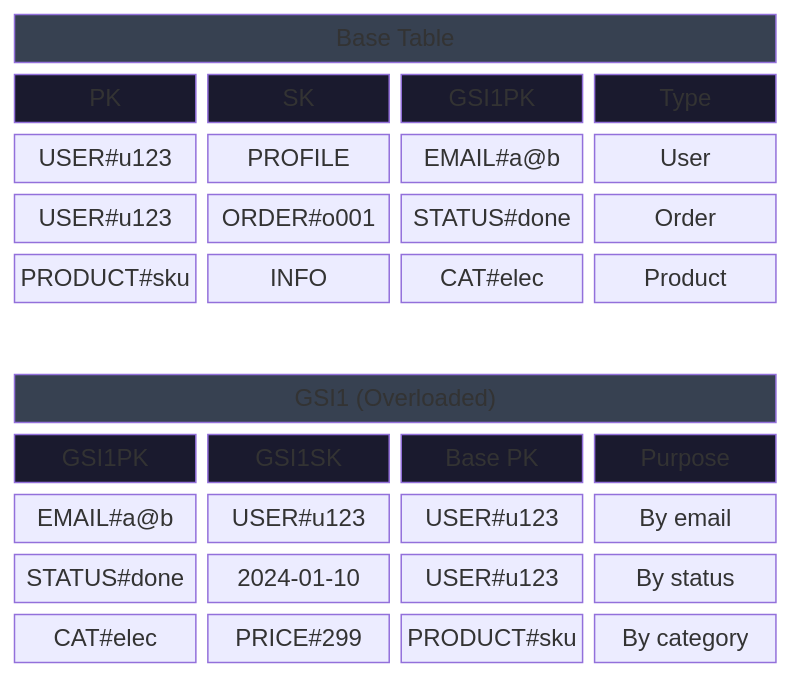
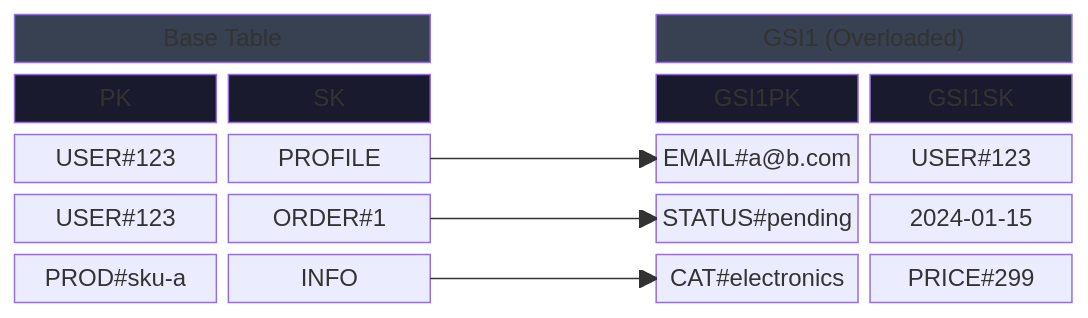
The third of 4 diagrams in plugins/dynamodb/skills/design/references/table-layout-options.md (zeroae/.claude), drawn with Mermaid before and after one commit. The commit also changed other lines of this file, not shown here.

Commit message:
✨ feat(dynamodb): add side-by-side Mermaid diagram with links
Replace stacked GSI layout with side-by-side 5-column layout using
Mermaid Block links to show projection relationships between base
table and GSI columns.

````diff
--- a/plugins/dynamodb/skills/design/references/table-layout-options.md
+++ b/plugins/dynamodb/skills/design/references/table-layout-options.md
@@ -177,25 +177,21 @@
 ```mermaid
 %%{init: {"block": {"padding": 8}} }%%
 block-beta
-    columns 4
+    columns 5
 
-    BT["Base Table"]:4
-    BP["PK"] BS["SK"] BG["GSI1PK"] BTy["Type"]
-    b1["USER#u123"] b2["PROFILE"] b3["EMAIL#a@b"] b4["User"]
-    b5["USER#u123"] b6["ORDER#o001"] b7["STATUS#done"] b8["Order"]
-    b9["PRODUCT#sku"] b10["INFO"] b11["CAT#elec"] b12["Product"]
+    BT["Base Table"]:2 space:1 GT["GSI1 (Overloaded)"]:2
+    BP["PK"] BS["SK"] space GP["GSI1PK"] GS["GSI1SK"]
+    b1["USER#123"] b2["PROFILE"] space g1["EMAIL#a@b.com"] g2["USER#123"]
+    b3["USER#123"] b4["ORDER#1"] space g3["STATUS#pending"] g4["2024-01-15"]
+    b5["PROD#sku-a"] b6["INFO"] space g5["CAT#electronics"] g6["PRICE#299"]
 
-    space:4
-
-    GT["GSI1 (Overloaded)"]:4
-    GP["GSI1PK"] GS["GSI1SK"] GBP["Base PK"] GPu["Purpose"]
-    g1["EMAIL#a@b"] g2["USER#u123"] g3["USER#u123"] g4["By email"]
-    g5["STATUS#done"] g6["2024-01-10"] g7["USER#u123"] g8["By status"]
-    g9["CAT#elec"] g10["PRICE#299"] g11["PRODUCT#sku"] g12["By category"]
+    b2 --> g1
+    b4 --> g3
+    b6 --> g5
 
     classDef title fill:#374151,color:#fff
     classDef header fill:#1a1a2e,color:#fff
 
     class BT,GT title
-    class BP,BS,BG,BTy,GP,GS,GBP,GPu header
+    class BP,BS,GP,GS header
 ```
````
